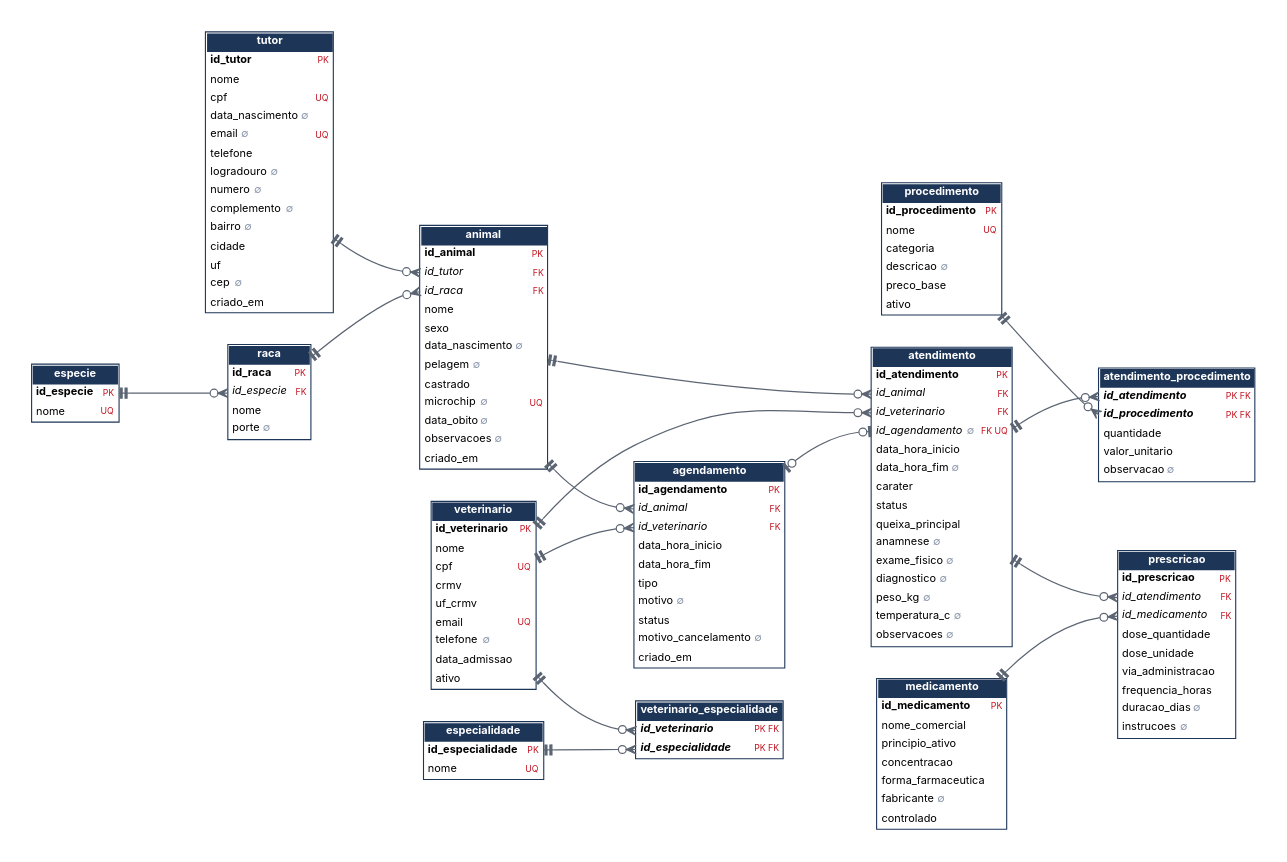
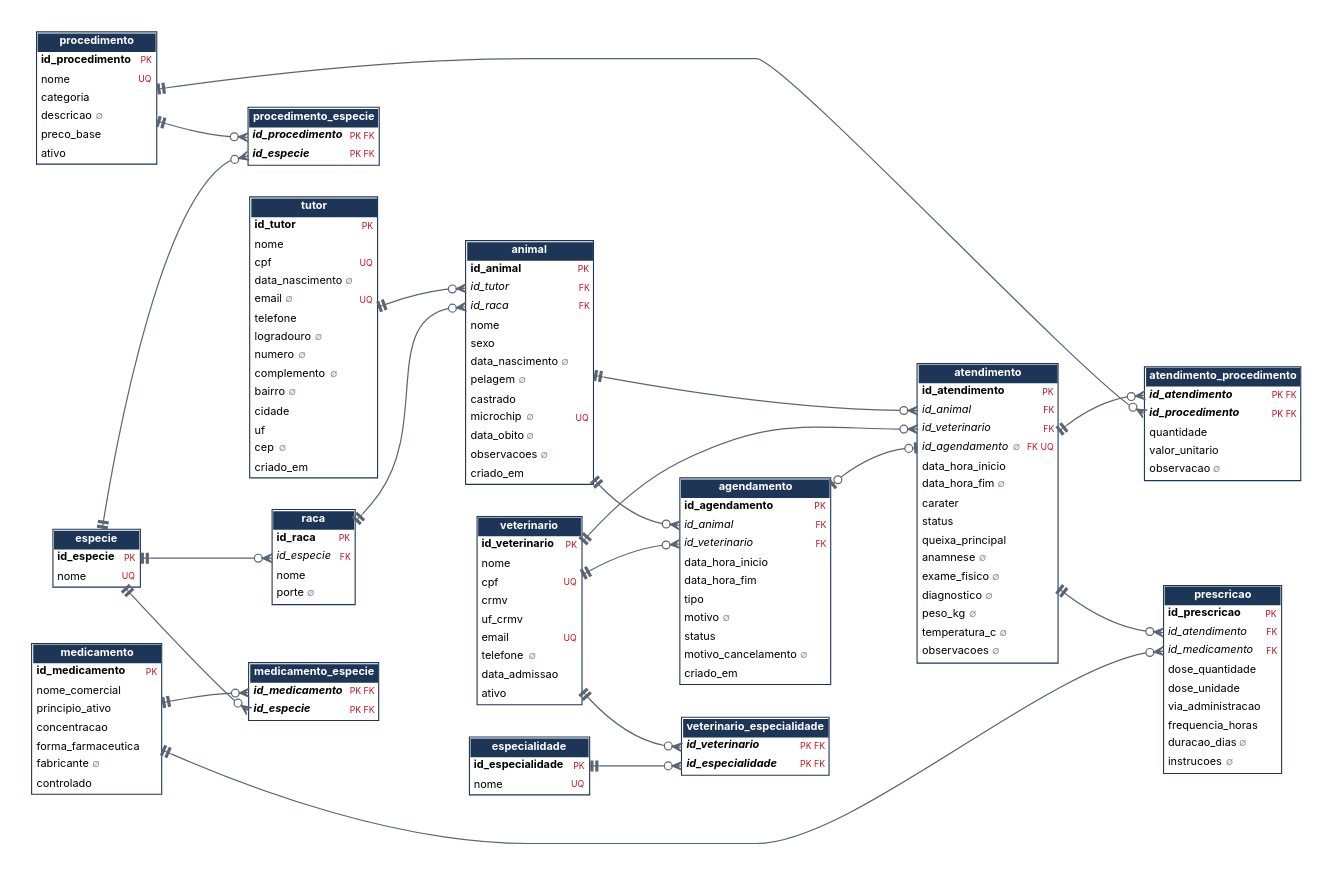
Before and after one commit to SaMoCaSa00/clinica-veterinaria: the diagram in docs/diagramas/modelo_logico.dot, drawn with Graphviz. The commit also changed 26 other files, not shown here.

```diff
--- a/docs/diagramas/modelo_logico.dot
+++ b/docs/diagramas/modelo_logico.dot
@@ -9,8 +9,10 @@
   especialidade [label=<<TABLE BORDER="1.2" CELLBORDER="0" CELLSPACING="0" CELLPADDING="3" COLOR="#1d3557"><TR><TD BGCOLOR="#1d3557" COLSPAN="2"><FONT COLOR="white"><B>especialidade</B></FONT></TD></TR><TR><TD ALIGN="LEFT" PORT="id_especialidade"><B>id_especialidade</B></TD><TD ALIGN="RIGHT"><FONT COLOR="#c1121f" POINT-SIZE="8">PK</FONT></TD></TR><TR><TD ALIGN="LEFT" PORT="nome">nome</TD><TD ALIGN="RIGHT"><FONT COLOR="#c1121f" POINT-SIZE="8">UQ</FONT></TD></TR></TABLE>>];
   especie [label=<<TABLE BORDER="1.2" CELLBORDER="0" CELLSPACING="0" CELLPADDING="3" COLOR="#1d3557"><TR><TD BGCOLOR="#1d3557" COLSPAN="2"><FONT COLOR="white"><B>especie</B></FONT></TD></TR><TR><TD ALIGN="LEFT" PORT="id_especie"><B>id_especie</B></TD><TD ALIGN="RIGHT"><FONT COLOR="#c1121f" POINT-SIZE="8">PK</FONT></TD></TR><TR><TD ALIGN="LEFT" PORT="nome">nome</TD><TD ALIGN="RIGHT"><FONT COLOR="#c1121f" POINT-SIZE="8">UQ</FONT></TD></TR></TABLE>>];
   medicamento [label=<<TABLE BORDER="1.2" CELLBORDER="0" CELLSPACING="0" CELLPADDING="3" COLOR="#1d3557"><TR><TD BGCOLOR="#1d3557" COLSPAN="2"><FONT COLOR="white"><B>medicamento</B></FONT></TD></TR><TR><TD ALIGN="LEFT" PORT="id_medicamento"><B>id_medicamento</B></TD><TD ALIGN="RIGHT"><FONT COLOR="#c1121f" POINT-SIZE="8">PK</FONT></TD></TR><TR><TD ALIGN="LEFT" PORT="nome_comercial">nome_comercial</TD><TD ALIGN="RIGHT"> </TD></TR><TR><TD ALIGN="LEFT" PORT="principio_ativo">principio_ativo</TD><TD ALIGN="RIGHT"> </TD></TR><TR><TD ALIGN="LEFT" PORT="concentracao">concentracao</TD><TD ALIGN="RIGHT"> </TD></TR><TR><TD ALIGN="LEFT" PORT="forma_farmaceutica">forma_farmaceutica</TD><TD ALIGN="RIGHT"> </TD></TR><TR><TD ALIGN="LEFT" PORT="fabricante">fabricante <FONT COLOR="#8d99ae">∅</FONT></TD><TD ALIGN="RIGHT"> </TD></TR><TR><TD ALIGN="LEFT" PORT="controlado">controlado</TD><TD ALIGN="RIGHT"> </TD></TR></TABLE>>];
+  medicamento_especie [label=<<TABLE BORDER="1.2" CELLBORDER="0" CELLSPACING="0" CELLPADDING="3" COLOR="#1d3557"><TR><TD BGCOLOR="#1d3557" COLSPAN="2"><FONT COLOR="white"><B>medicamento_especie</B></FONT></TD></TR><TR><TD ALIGN="LEFT" PORT="id_medicamento"><I><B>id_medicamento</B></I></TD><TD ALIGN="RIGHT"><FONT COLOR="#c1121f" POINT-SIZE="8">PK FK</FONT></TD></TR><TR><TD ALIGN="LEFT" PORT="id_especie"><I><B>id_especie</B></I></TD><TD ALIGN="RIGHT"><FONT COLOR="#c1121f" POINT-SIZE="8">PK FK</FONT></TD></TR></TABLE>>];
   prescricao [label=<<TABLE BORDER="1.2" CELLBORDER="0" CELLSPACING="0" CELLPADDING="3" COLOR="#1d3557"><TR><TD BGCOLOR="#1d3557" COLSPAN="2"><FONT COLOR="white"><B>prescricao</B></FONT></TD></TR><TR><TD ALIGN="LEFT" PORT="id_prescricao"><B>id_prescricao</B></TD><TD ALIGN="RIGHT"><FONT COLOR="#c1121f" POINT-SIZE="8">PK</FONT></TD></TR><TR><TD ALIGN="LEFT" PORT="id_atendimento"><I>id_atendimento</I></TD><TD ALIGN="RIGHT"><FONT COLOR="#c1121f" POINT-SIZE="8">FK</FONT></TD></TR><TR><TD ALIGN="LEFT" PORT="id_medicamento"><I>id_medicamento</I></TD><TD ALIGN="RIGHT"><FONT COLOR="#c1121f" POINT-SIZE="8">FK</FONT></TD></TR><TR><TD ALIGN="LEFT" PORT="dose_quantidade">dose_quantidade</TD><TD ALIGN="RIGHT"> </TD></TR><TR><TD ALIGN="LEFT" PORT="dose_unidade">dose_unidade</TD><TD ALIGN="RIGHT"> </TD></TR><TR><TD ALIGN="LEFT" PORT="via_administracao">via_administracao</TD><TD ALIGN="RIGHT"> </TD></TR><TR><TD ALIGN="LEFT" PORT="frequencia_horas">frequencia_horas</TD><TD ALIGN="RIGHT"> </TD></TR><TR><TD ALIGN="LEFT" PORT="duracao_dias">duracao_dias <FONT COLOR="#8d99ae">∅</FONT></TD><TD ALIGN="RIGHT"> </TD></TR><TR><TD ALIGN="LEFT" PORT="instrucoes">instrucoes <FONT COLOR="#8d99ae">∅</FONT></TD><TD ALIGN="RIGHT"> </TD></TR></TABLE>>];
   procedimento [label=<<TABLE BORDER="1.2" CELLBORDER="0" CELLSPACING="0" CELLPADDING="3" COLOR="#1d3557"><TR><TD BGCOLOR="#1d3557" COLSPAN="2"><FONT COLOR="white"><B>procedimento</B></FONT></TD></TR><TR><TD ALIGN="LEFT" PORT="id_procedimento"><B>id_procedimento</B></TD><TD ALIGN="RIGHT"><FONT COLOR="#c1121f" POINT-SIZE="8">PK</FONT></TD></TR><TR><TD ALIGN="LEFT" PORT="nome">nome</TD><TD ALIGN="RIGHT"><FONT COLOR="#c1121f" POINT-SIZE="8">UQ</FONT></TD></TR><TR><TD ALIGN="LEFT" PORT="categoria">categoria</TD><TD ALIGN="RIGHT"> </TD></TR><TR><TD ALIGN="LEFT" PORT="descricao">descricao <FONT COLOR="#8d99ae">∅</FONT></TD><TD ALIGN="RIGHT"> </TD></TR><TR><TD ALIGN="LEFT" PORT="preco_base">preco_base</TD><TD ALIGN="RIGHT"> </TD></TR><TR><TD ALIGN="LEFT" PORT="ativo">ativo</TD><TD ALIGN="RIGHT"> </TD></TR></TABLE>>];
+  procedimento_especie [label=<<TABLE BORDER="1.2" CELLBORDER="0" CELLSPACING="0" CELLPADDING="3" COLOR="#1d3557"><TR><TD BGCOLOR="#1d3557" COLSPAN="2"><FONT COLOR="white"><B>procedimento_especie</B></FONT></TD></TR><TR><TD ALIGN="LEFT" PORT="id_procedimento"><I><B>id_procedimento</B></I></TD><TD ALIGN="RIGHT"><FONT COLOR="#c1121f" POINT-SIZE="8">PK FK</FONT></TD></TR><TR><TD ALIGN="LEFT" PORT="id_especie"><I><B>id_especie</B></I></TD><TD ALIGN="RIGHT"><FONT COLOR="#c1121f" POINT-SIZE="8">PK FK</FONT></TD></TR></TABLE>>];
   raca [label=<<TABLE BORDER="1.2" CELLBORDER="0" CELLSPACING="0" CELLPADDING="3" COLOR="#1d3557"><TR><TD BGCOLOR="#1d3557" COLSPAN="2"><FONT COLOR="white"><B>raca</B></FONT></TD></TR><TR><TD ALIGN="LEFT" PORT="id_raca"><B>id_raca</B></TD><TD ALIGN="RIGHT"><FONT COLOR="#c1121f" POINT-SIZE="8">PK</FONT></TD></TR><TR><TD ALIGN="LEFT" PORT="id_especie"><I>id_especie</I></TD><TD ALIGN="RIGHT"><FONT COLOR="#c1121f" POINT-SIZE="8">FK</FONT></TD></TR><TR><TD ALIGN="LEFT" PORT="nome">nome</TD><TD ALIGN="RIGHT"> </TD></TR><TR><TD ALIGN="LEFT" PORT="porte">porte <FONT COLOR="#8d99ae">∅</FONT></TD><TD ALIGN="RIGHT"> </TD></TR></TABLE>>];
   tutor [label=<<TABLE BORDER="1.2" CELLBORDER="0" CELLSPACING="0" CELLPADDING="3" COLOR="#1d3557"><TR><TD BGCOLOR="#1d3557" COLSPAN="2"><FONT COLOR="white"><B>tutor</B></FONT></TD></TR><TR><TD ALIGN="LEFT" PORT="id_tutor"><B>id_tutor</B></TD><TD ALIGN="RIGHT"><FONT COLOR="#c1121f" POINT-SIZE="8">PK</FONT></TD></TR><TR><TD ALIGN="LEFT" PORT="nome">nome</TD><TD ALIGN="RIGHT"> </TD></TR><TR><TD ALIGN="LEFT" PORT="cpf">cpf</TD><TD ALIGN="RIGHT"><FONT COLOR="#c1121f" POINT-SIZE="8">UQ</FONT></TD></TR><TR><TD ALIGN="LEFT" PORT="data_nascimento">data_nascimento <FONT COLOR="#8d99ae">∅</FONT></TD><TD ALIGN="RIGHT"> </TD></TR><TR><TD ALIGN="LEFT" PORT="email">email <FONT COLOR="#8d99ae">∅</FONT></TD><TD ALIGN="RIGHT"><FONT COLOR="#c1121f" POINT-SIZE="8">UQ</FONT></TD></TR><TR><TD ALIGN="LEFT" PORT="telefone">telefone</TD><TD ALIGN="RIGHT"> </TD></TR><TR><TD ALIGN="LEFT" PORT="logradouro">logradouro <FONT COLOR="#8d99ae">∅</FONT></TD><TD ALIGN="RIGHT"> </TD></TR><TR><TD ALIGN="LEFT" PORT="numero">numero <FONT COLOR="#8d99ae">∅</FONT></TD><TD ALIGN="RIGHT"> </TD></TR><TR><TD ALIGN="LEFT" PORT="complemento">complemento <FONT COLOR="#8d99ae">∅</FONT></TD><TD ALIGN="RIGHT"> </TD></TR><TR><TD ALIGN="LEFT" PORT="bairro">bairro <FONT COLOR="#8d99ae">∅</FONT></TD><TD ALIGN="RIGHT"> </TD></TR><TR><TD ALIGN="LEFT" PORT="cidade">cidade</TD><TD ALIGN="RIGHT"> </TD></TR><TR><TD ALIGN="LEFT" PORT="uf">uf</TD><TD ALIGN="RIGHT"> </TD></TR><TR><TD ALIGN="LEFT" PORT="cep">cep <FONT COLOR="#8d99ae">∅</FONT></TD><TD ALIGN="RIGHT"> </TD></TR><TR><TD ALIGN="LEFT" PORT="criado_em">criado_em</TD><TD ALIGN="RIGHT"> </TD></TR></TABLE>>];
   veterinario [label=<<TABLE BORDER="1.2" CELLBORDER="0" CELLSPACING="0" CELLPADDING="3" COLOR="#1d3557"><TR><TD BGCOLOR="#1d3557" COLSPAN="2"><FONT COLOR="white"><B>veterinario</B></FONT></TD></TR><TR><TD ALIGN="LEFT" PORT="id_veterinario"><B>id_veterinario</B></TD><TD ALIGN="RIGHT"><FONT COLOR="#c1121f" POINT-SIZE="8">PK</FONT></TD></TR><TR><TD ALIGN="LEFT" PORT="nome">nome</TD><TD ALIGN="RIGHT"> </TD></TR><TR><TD ALIGN="LEFT" PORT="cpf">cpf</TD><TD ALIGN="RIGHT"><FONT COLOR="#c1121f" POINT-SIZE="8">UQ</FONT></TD></TR><TR><TD ALIGN="LEFT" PORT="crmv">crmv</TD><TD ALIGN="RIGHT"> </TD></TR><TR><TD ALIGN="LEFT" PORT="uf_crmv">uf_crmv</TD><TD ALIGN="RIGHT"> </TD></TR><TR><TD ALIGN="LEFT" PORT="email">email</TD><TD ALIGN="RIGHT"><FONT COLOR="#c1121f" POINT-SIZE="8">UQ</FONT></TD></TR><TR><TD ALIGN="LEFT" PORT="telefone">telefone <FONT COLOR="#8d99ae">∅</FONT></TD><TD ALIGN="RIGHT"> </TD></TR><TR><TD ALIGN="LEFT" PORT="data_admissao">data_admissao</TD><TD ALIGN="RIGHT"> </TD></TR><TR><TD ALIGN="LEFT" PORT="ativo">ativo</TD><TD ALIGN="RIGHT"> </TD></TR></TABLE>>];
@@ -24,8 +26,12 @@
   veterinario -> atendimento:id_veterinario [arrowtail=teetee, arrowhead=crowodot];
   atendimento -> atendimento_procedimento:id_atendimento [arrowtail=teetee, arrowhead=crowodot];
   procedimento -> atendimento_procedimento:id_procedimento [arrowtail=teetee, arrowhead=crowodot];
+  especie -> medicamento_especie:id_especie [arrowtail=teetee, arrowhead=crowodot];
+  medicamento -> medicamento_especie:id_medicamento [arrowtail=teetee, arrowhead=crowodot];
   atendimento -> prescricao:id_atendimento [arrowtail=teetee, arrowhead=crowodot];
   medicamento -> prescricao:id_medicamento [arrowtail=teetee, arrowhead=crowodot];
+  especie -> procedimento_especie:id_especie [arrowtail=teetee, arrowhead=crowodot];
+  procedimento -> procedimento_especie:id_procedimento [arrowtail=teetee, arrowhead=crowodot];
   especie -> raca:id_especie [arrowtail=teetee, arrowhead=crowodot];
   especialidade -> veterinario_especialidade:id_especialidade [arrowtail=teetee, arrowhead=crowodot];
   veterinario -> veterinario_especialidade:id_veterinario [arrowtail=teetee, arrowhead=crowodot];
```
